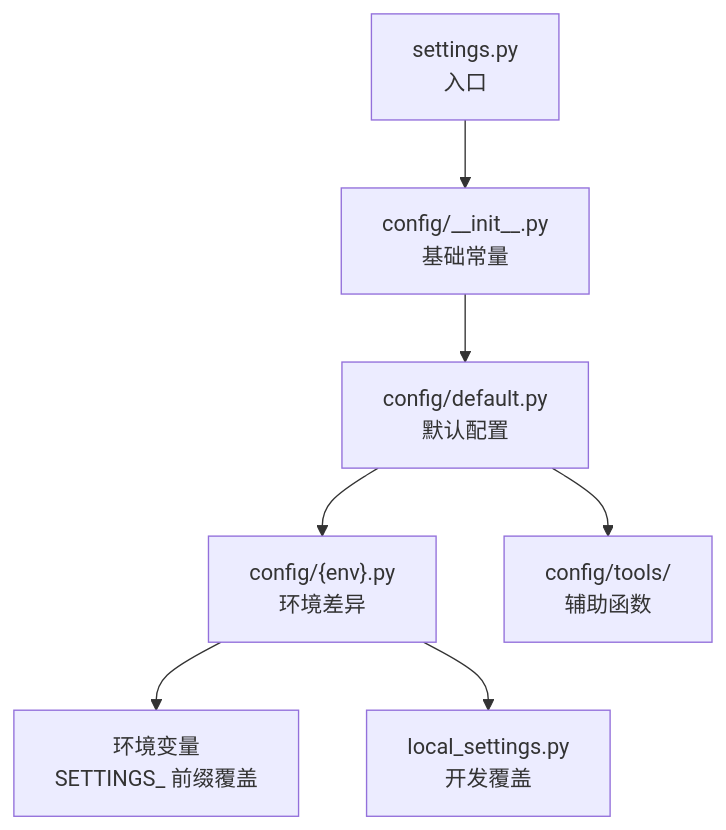
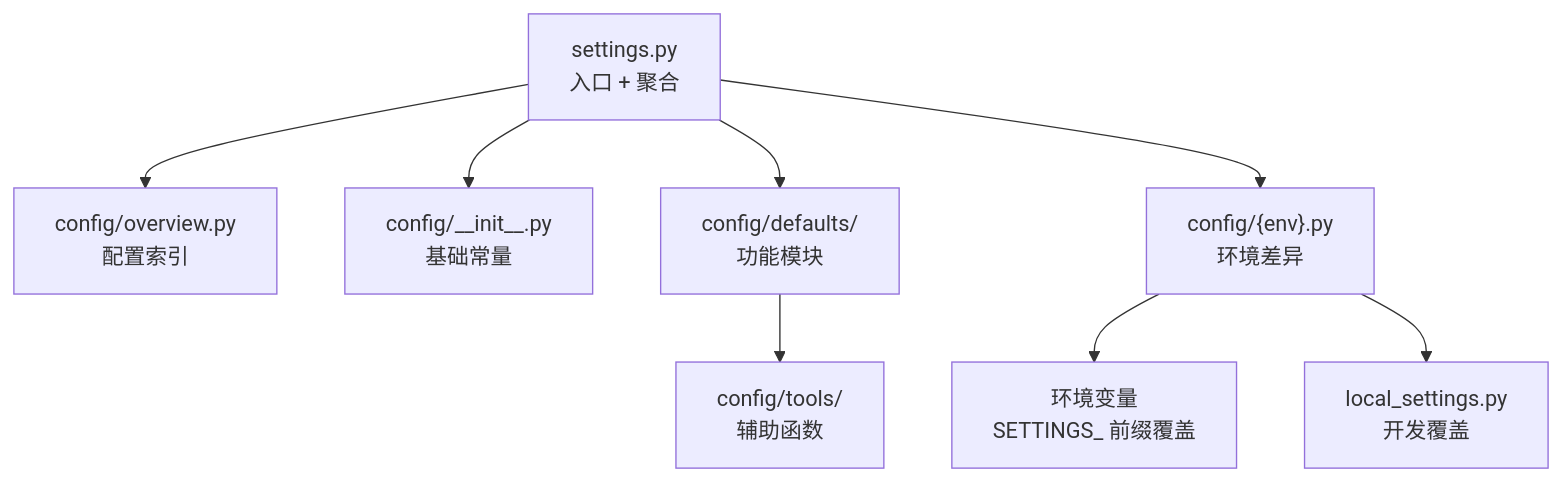
The diagram in design/drf_resource_template_DESIGN.md (HACK-WU/drf_resource), drawn with Mermaid before and after one commit. The commit also changed other lines of this file and 2 other files, not shown here.

First line of the commit message:
refactor(design): 将 config/default.py 拆分为功能模块化配置

````diff
--- a/design/drf_resource_template_DESIGN.md
+++ b/design/drf_resource_template_DESIGN.md
@@ -134,17 +148,19 @@
 ```mermaid
 flowchart TB
-    Settings["settings.py<br/>入口"]
+    Settings["settings.py<br/>入口 + 聚合"]
+    Overview["config/overview.py<br/>配置索引"]
     Init["config/__init__.py<br/>基础常量"]
-    Default["config/default.py<br/>默认配置"]
+    Defaults["config/defaults/<br/>功能模块"]
     Env["config/{env}.py<br/>环境差异"]
     Tools["config/tools/<br/>辅助函数"]
     EnvVar["环境变量<br/>SETTINGS_ 前缀覆盖"]
     Local["local_settings.py<br/>开发覆盖"]
 
+    Settings --> Overview
     Settings --> Init
-    Init --> Default
-    Default --> Env
-    Default --> Tools
+    Settings --> Defaults
+    Defaults --> Tools
     Env --> EnvVar
     Env --> Local
+    Settings --> Env
 ```
````
